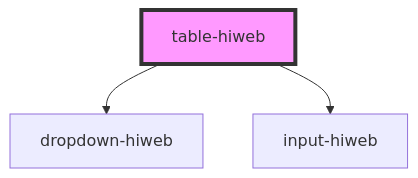
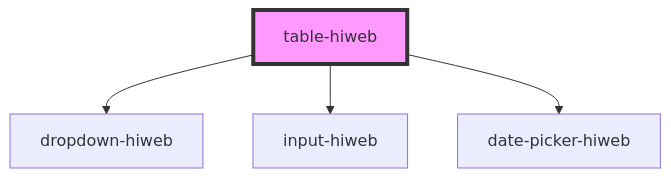
The diagram in src/components/table-hiweb/readme.md (ansariymahdi/design-system-hiweb), drawn with Mermaid before and after one commit. The commit also changed other lines of this file and 14 other files, not shown here.

````diff
--- a/src/components/table-hiweb/readme.md
+++ b/src/components/table-hiweb/readme.md
@@ -46,6 +47,7 @@
 ```mermaid
 graph TD;
   table-hiweb --> dropdown-hiweb
   table-hiweb --> input-hiweb
+  table-hiweb --> date-picker-hiweb
   style table-hiweb fill:#f9f,stroke:#333,stroke-width:4px
 ```
````
